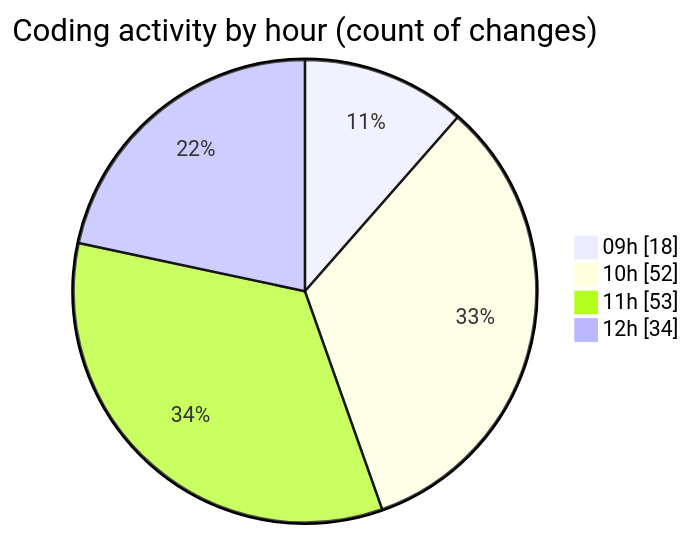
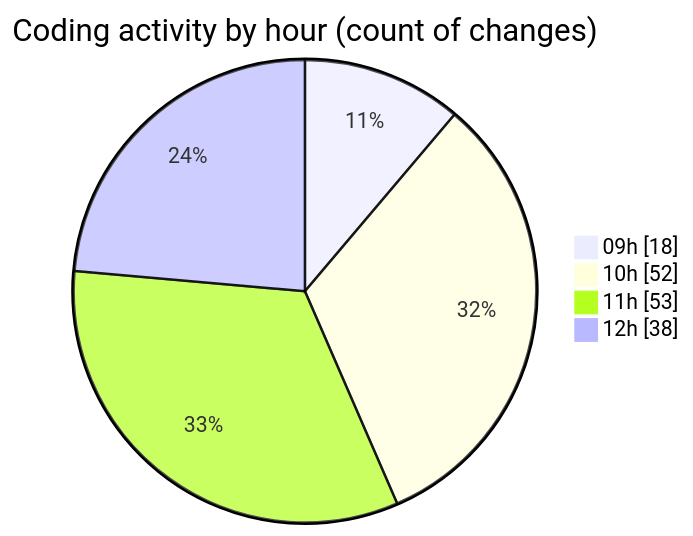
The second of 2 diagrams in 2025-03-21/cda/README.md (momahboobian/code-tracking), drawn with Mermaid before and after one commit. The commit also changed other lines of this file and 1 other file, not shown here.

````diff
--- a/2025-03-21/cda/README.md
+++ b/2025-03-21/cda/README.md
@@ -42,8 +42,8 @@
 ```mermaid
 pie showData
 title Coding activity by hour (count of changes)
 "09h" : 18
 "10h" : 52
 "11h" : 53
-"12h" : 34
+"12h" : 38
 ```
````
